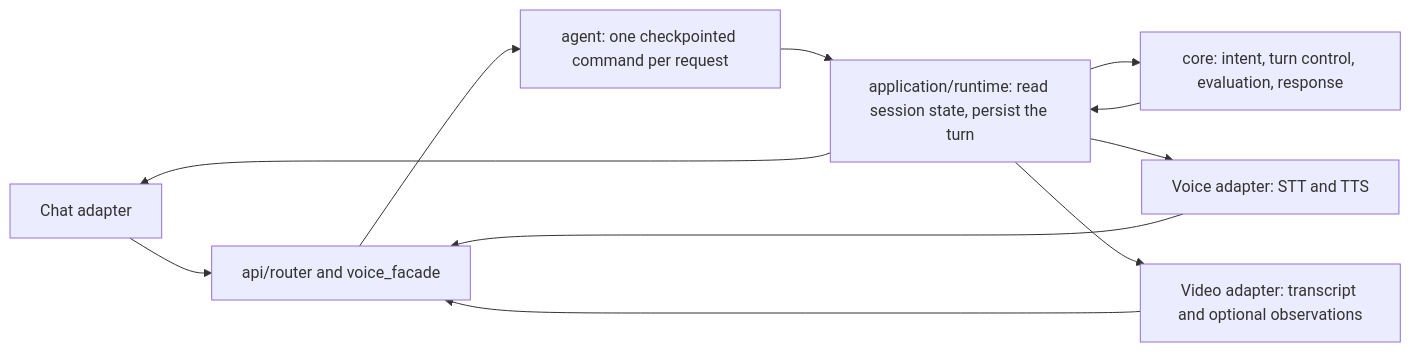
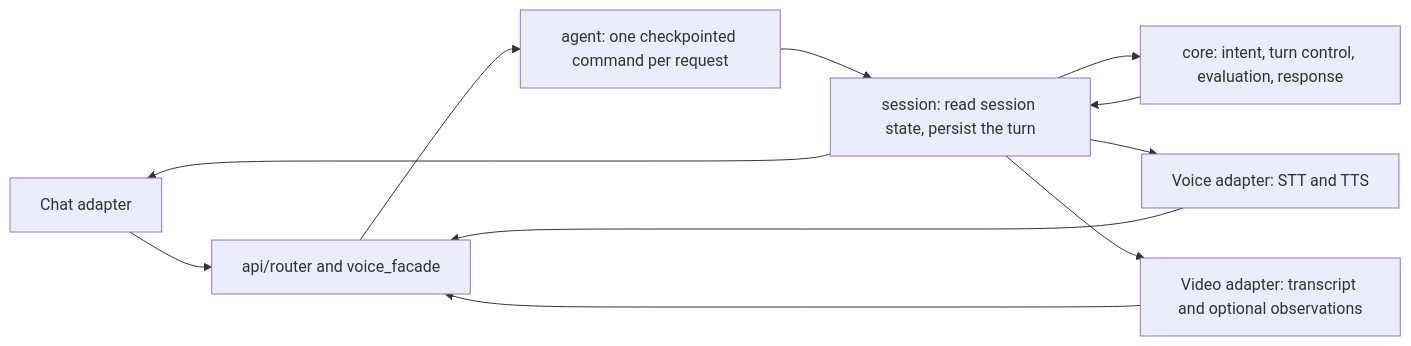
The diagram in src/modules/interviews/ARCHITECTURE.md (system-interview-prep/interview-prep-core), drawn with Mermaid before and after one commit. The commit also changed other lines of this file and 85 other files, not shown here.

````diff
--- a/src/modules/interviews/ARCHITECTURE.md
+++ b/src/modules/interviews/ARCHITECTURE.md
@@ -5,13 +5,13 @@
 ```mermaid
 flowchart LR
     C[Chat adapter] --> API[api/router and voice_facade]
     V[Voice adapter: STT and TTS] --> API
     W[Video adapter: transcript and optional observations] --> API
     API --> A[agent: one checkpointed command per request]
-    A --> R[application/runtime: read session state, persist the turn]
+    A --> R[session: read session state, persist the turn]
     R --> E[core: intent, turn control, evaluation, response]
     E --> R
     R --> C
     R --> V
     R --> W
 ```
````
